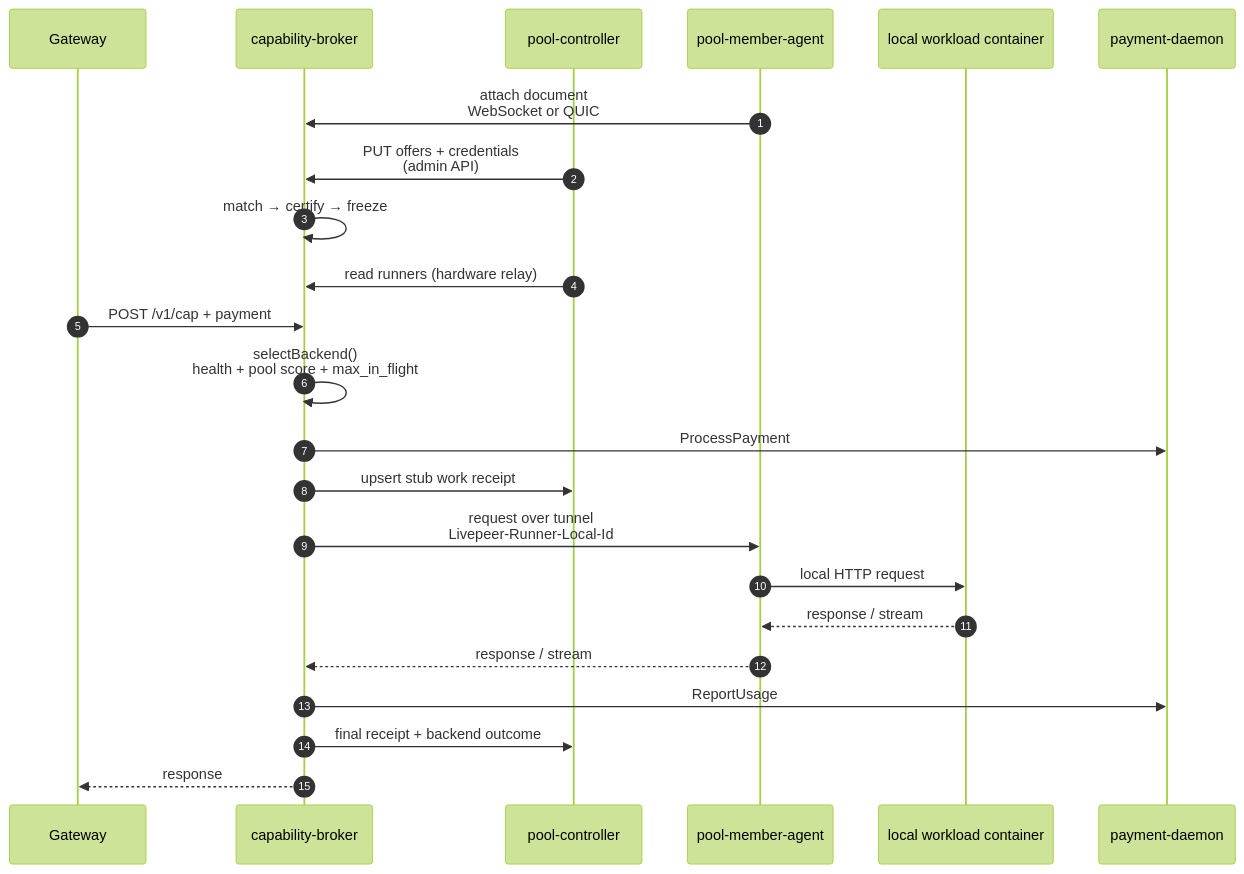
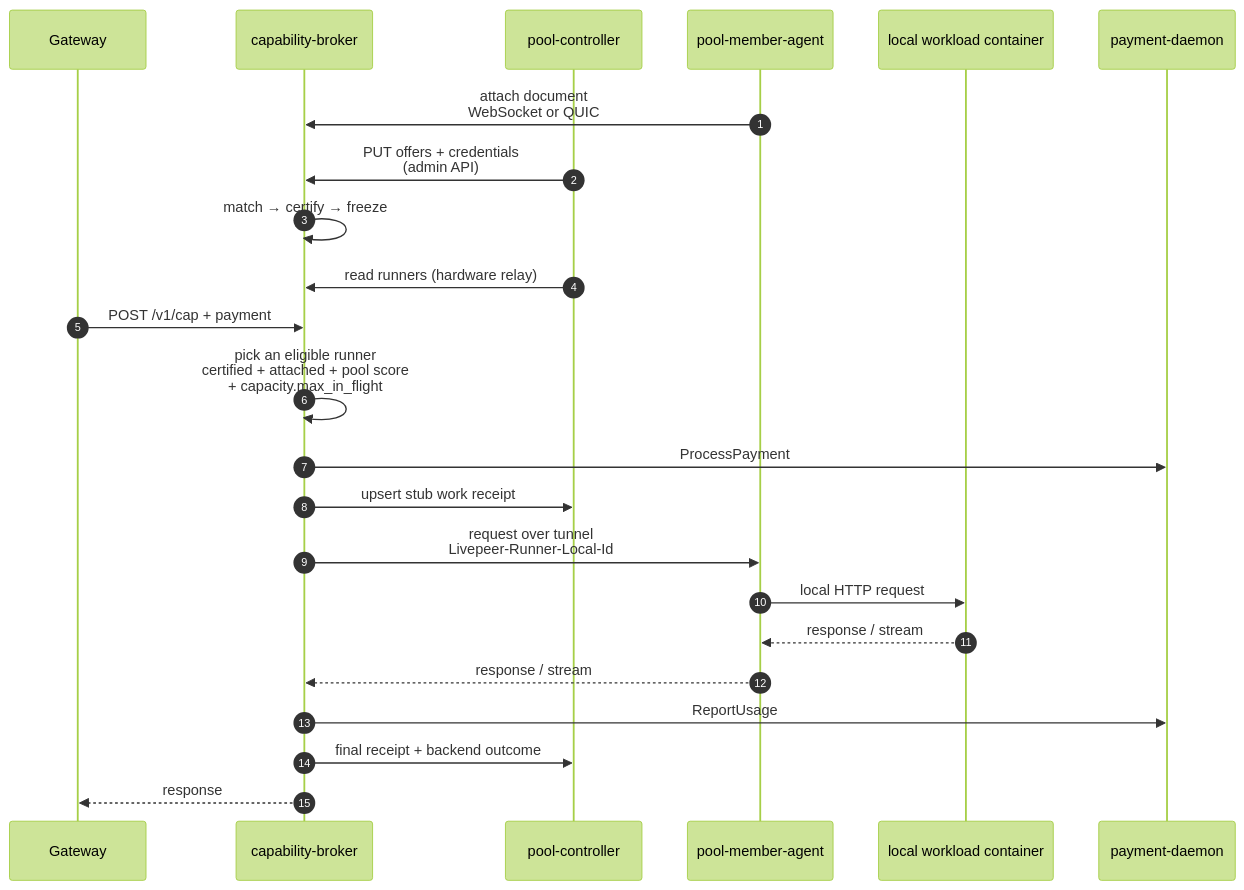
The diagram in docs/design-docs/pool-overlay-flows.md (Cloud-SPE/livepeer-network-modules), drawn with Mermaid (forest theme) before and after one commit. The commit also changed other lines of this file and 66 other files, not shown here.

````diff
--- a/docs/design-docs/pool-overlay-flows.md
+++ b/docs/design-docs/pool-overlay-flows.md
@@ -49,27 +50,27 @@
 ```mermaid
 sequenceDiagram
     autonumber
     participant GW as Gateway
     participant CB as capability-broker
     participant PC as pool-controller
     participant Agent as pool-member-agent
     participant Runner as local workload container
     participant PD as payment-daemon
 
     Agent->>CB: attach document<br/>WebSocket or QUIC
     PC->>CB: PUT offers + credentials<br/>(admin API)
     CB->>CB: match → certify → freeze
     PC->>CB: read runners (hardware relay)
 
     GW->>CB: POST /v1/cap + payment
-    CB->>CB: selectBackend()<br/>health + pool score + max_in_flight
+    CB->>CB: pick an eligible runner<br/>certified + attached + pool score<br/>+ capacity.max_in_flight
     CB->>PD: ProcessPayment
     CB->>PC: upsert stub work receipt
     CB->>Agent: request over tunnel<br/>Livepeer-Runner-Local-Id
     Agent->>Runner: local HTTP request
     Runner-->>Agent: response / stream
     Agent-->>CB: response / stream
     CB->>PD: ReportUsage
     CB->>PC: final receipt + backend outcome
     CB-->>GW: response
 ```
````
